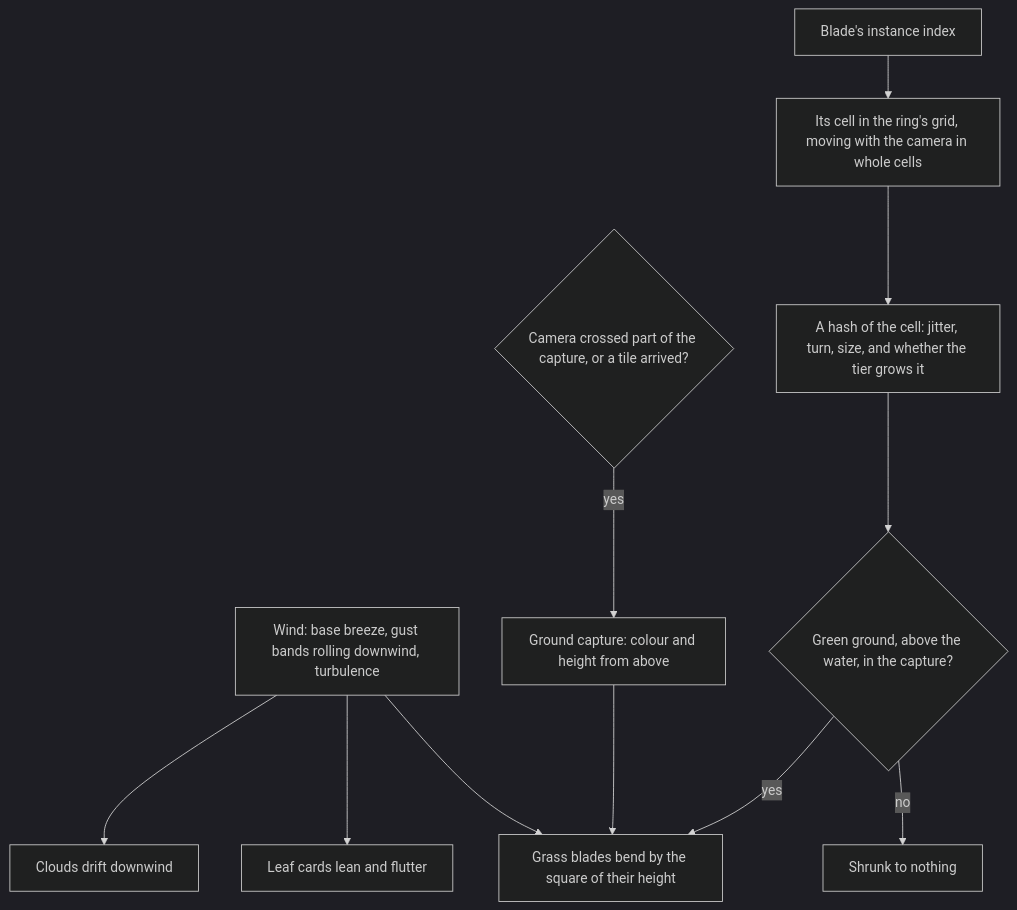
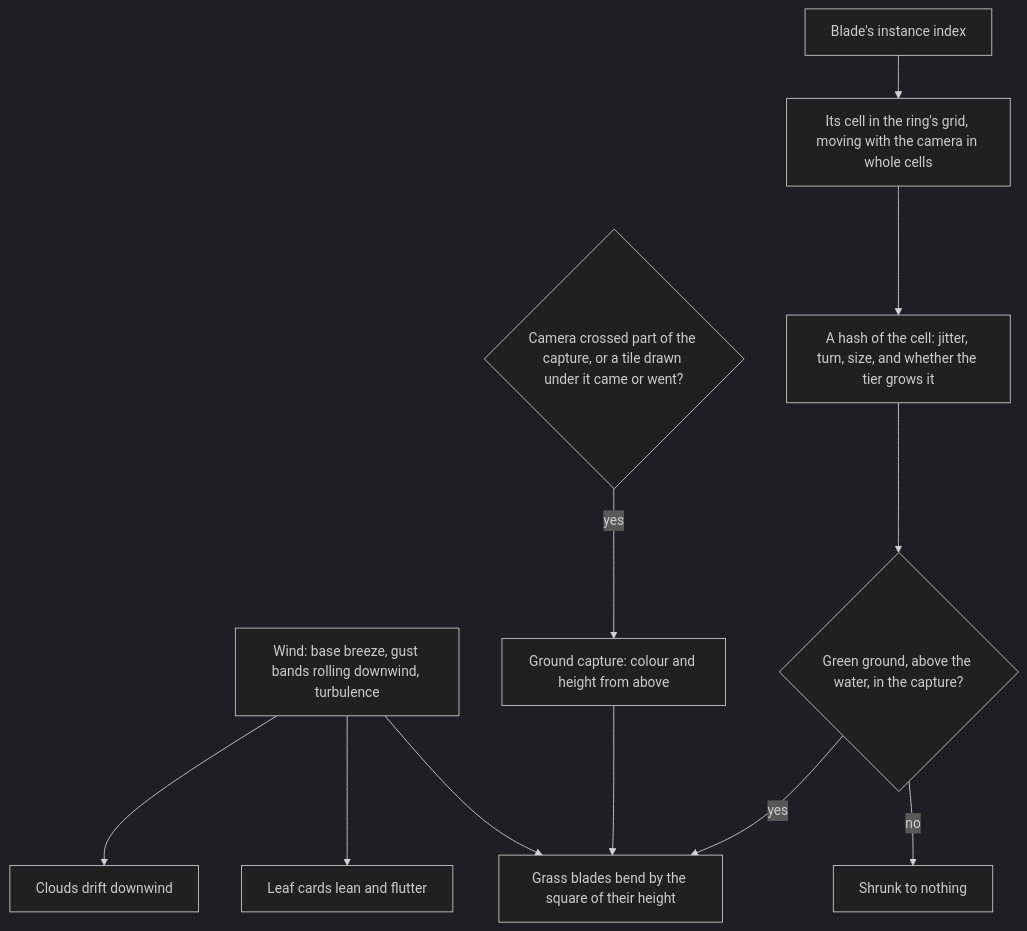
The diagram in apps/web/content/docs/genshin/vegetation.md (Esposter/Esposter), drawn with Mermaid (dark theme) before and after one commit. The commit also changed other lines of this file and 11 other files, not shown here.

First line of the commit message:
fix(genshin): the ground is drawn all round the eye, so off-screen hills shade the view and the grass stands on its whole capture

````diff
--- a/apps/web/content/docs/genshin/vegetation.md
+++ b/apps/web/content/docs/genshin/vegetation.md
@@ -12,13 +12,13 @@
 ```mermaid
 flowchart TD
   WF[Wind: base breeze, gust bands rolling downwind, turbulence] --> G[Grass blades bend by the square of their height]
   WF --> L[Leaf cards lean and flutter]
   WF --> CL[Clouds drift downwind]
-  CAM{Camera crossed part of the capture, or a tile arrived?} -->|yes| CAP[Ground capture: colour and height from above]
+  CAM{Camera crossed part of the capture, or a tile drawn under it came or went?} -->|yes| CAP[Ground capture: colour and height from above]
   CAP --> G
   I[Blade's instance index] --> CELL[Its cell in the ring's grid, moving with the camera in whole cells]
   CELL --> H[A hash of the cell: jitter, turn, size, and whether the tier grows it]
   H --> K{Green ground, above the water, in the capture?}
   K -->|yes| G
   K -->|no| X[Shrunk to nothing]
 ```
````
